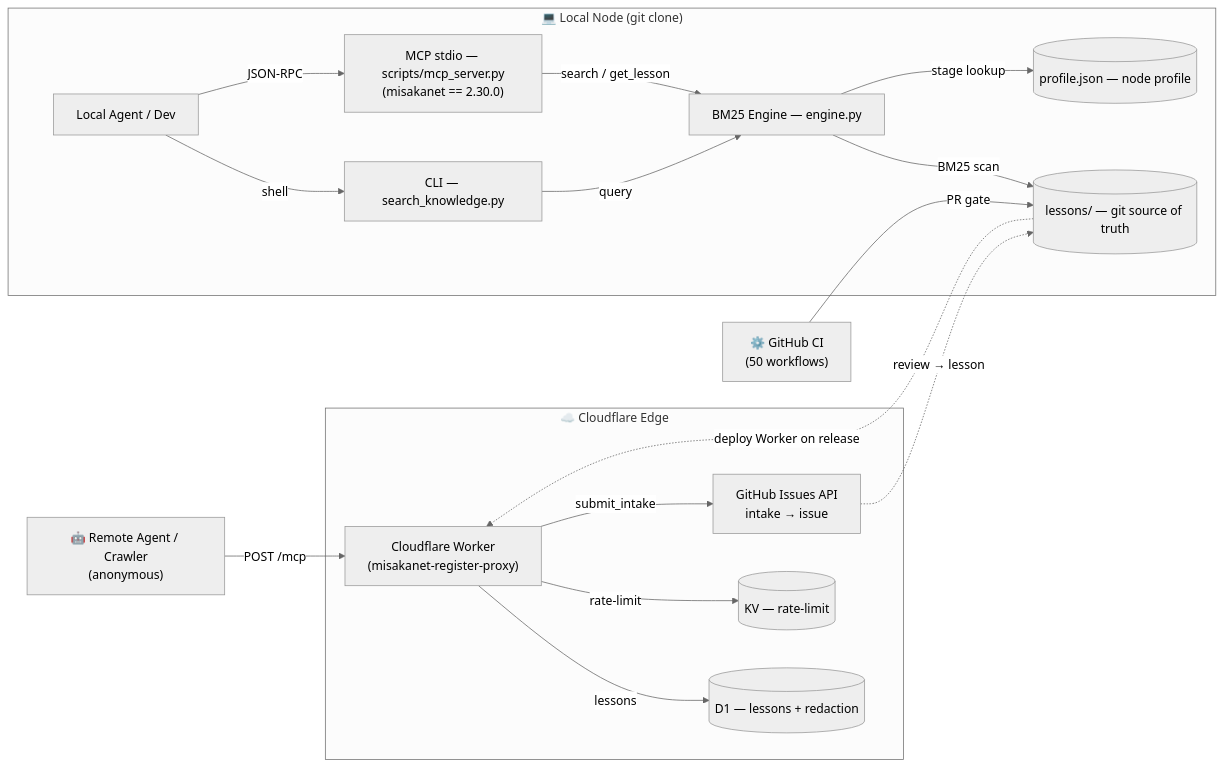
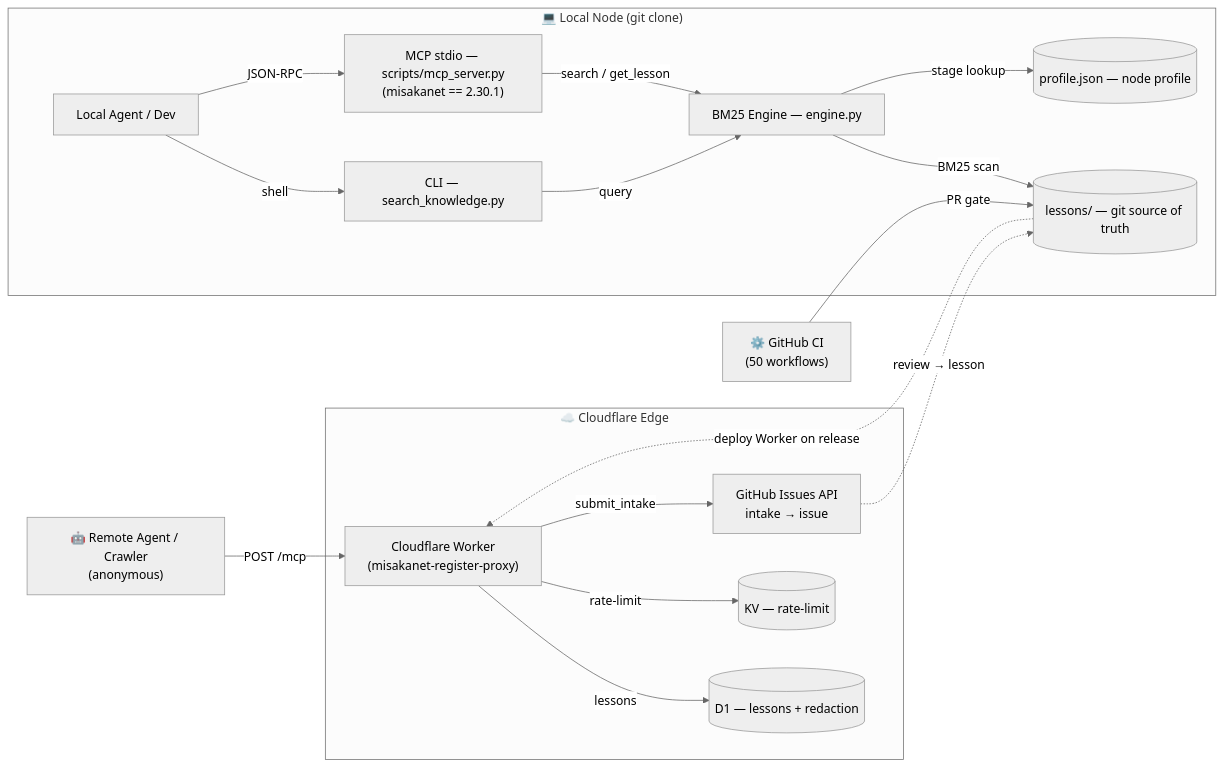
Before and after one commit to Ikalus1988/MisakaNet: the diagram in README.md, drawn with Mermaid (neutral theme). The commit also changed other lines of this file and 15 other files, not shown here.

````diff
--- a/README.md
+++ b/README.md
@@ -415,37 +415,37 @@
 ```mermaid
 flowchart LR
     subgraph Edge["☁️ Cloudflare Edge"]
         Worker["Cloudflare Worker<br/>(misakanet-register-proxy)"]
         D1[("D1 — lessons + redaction")]
         KV[("KV — rate-limit")]
         Intake["GitHub Issues API<br/>intake → issue"]
     end
 
     subgraph Local["💻 Local Node (git clone)"]
         User["Local Agent / Dev"]
         CLI["CLI — search_knowledge.py"]
-        MCP["MCP stdio — scripts/mcp_server.py<br/>(misakanet == 2.30.0)"]
+        MCP["MCP stdio — scripts/mcp_server.py<br/>(misakanet == 2.30.1)"]
         Engine["BM25 Engine — engine.py"]
         Lessons[("lessons/ — git source of truth")]
         Profile[("profile.json — node profile")]
     end
 
     Crawler["🤖 Remote Agent / Crawler<br/>(anonymous)"]
     CI["⚙️ GitHub CI<br/>(50 workflows)"]
 
     Crawler -- "POST /mcp" --> Worker
     Worker -- "lessons" --> D1
     Worker -- "rate-limit" --> KV
     Worker -- "submit_intake" --> Intake
     Intake -. "review → lesson" .-> Lessons
 
     User -- "shell" --> CLI
     User -- "JSON-RPC" --> MCP
     CLI -- "query" --> Engine
     MCP -- "search / get_lesson" --> Engine
     Engine -- "BM25 scan" --> Lessons
     Engine -- "stage lookup" --> Profile
 
     CI -- "PR gate" --> Lessons
     Lessons -. "deploy Worker on release" .-> Worker
 ```
````
